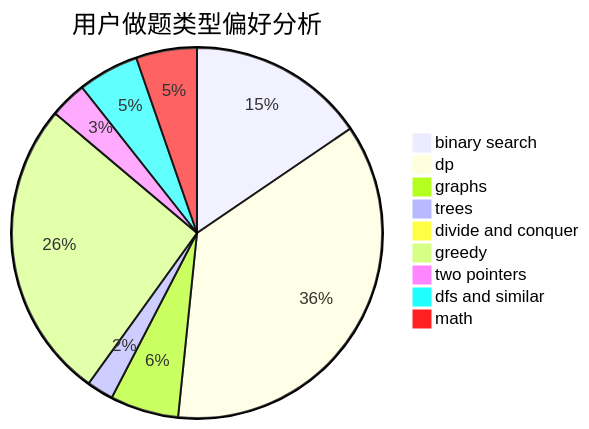
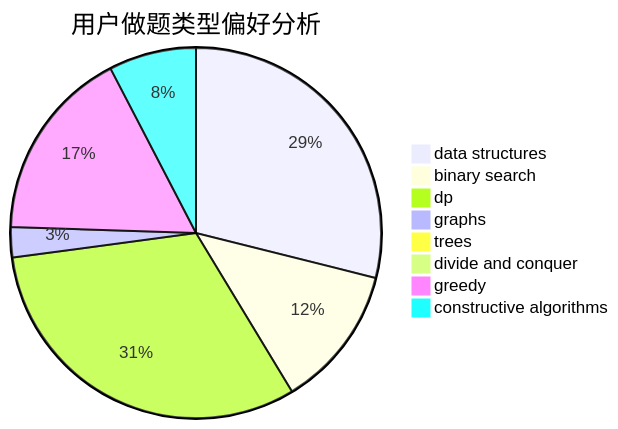
Before and after one commit to sherpahu/cfrs.github.io: the second of 3 diagrams in docs/user/u54.md, drawn with Mermaid. The commit also changed other lines of this file and 2775 other files, not shown here.

````diff
--- a/docs/user/u54.md
+++ b/docs/user/u54.md
@@ -23,12 +23,11 @@
 ```mermaid
 pie title 用户做题类型偏好分析
-    "binary search" :  332
-    "dp" :  775
-    "graphs" :  128
-    "trees" :  50
+    "data structures" :  614
+    "binary search" :  264
+    "dp" :  670
+    "graphs" :  56
+    "trees" :  11
     "divide and conquer" :  13
-    "greedy" :  562
-    "two pointers" :  69
-    "dfs and similar" :  114
-    "math" :  114
+    "greedy" :  358
+    "constructive algorithms" :  162
 ```
````
